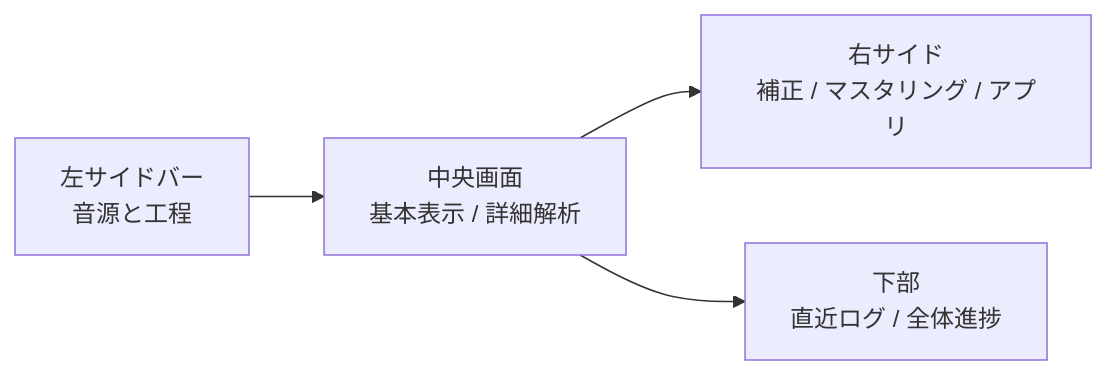
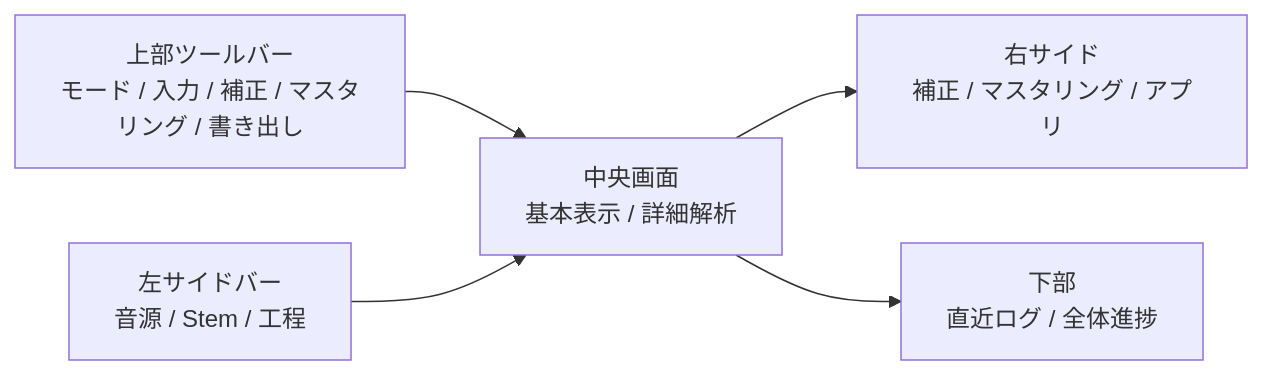
The first of 4 diagrams in README.md (hajimeno-ipoo/Veloura-Lucent), drawn with Mermaid before and after one commit. The commit also changed other lines of this file, not shown here.

````diff
--- a/README.md
+++ b/README.md
@@ -22,11 +42,13 @@
 ```mermaid
 flowchart LR
-    Sidebar["左サイドバー<br/>音源と工程"]
+    Toolbar["上部ツールバー<br/>モード / 入力 / 補正 / マスタリング / 書き出し"]
+    Sidebar["左サイドバー<br/>音源 / Stem / 工程"]
     Workspace["中央画面<br/>基本表示 / 詳細解析"]
     Inspector["右サイド<br/>補正 / マスタリング / アプリ"]
     Footer["下部<br/>直近ログ / 全体進捗"]
 
+    Toolbar --> Workspace
     Sidebar --> Workspace
     Workspace --> Inspector
     Workspace --> Footer
 ```
````
